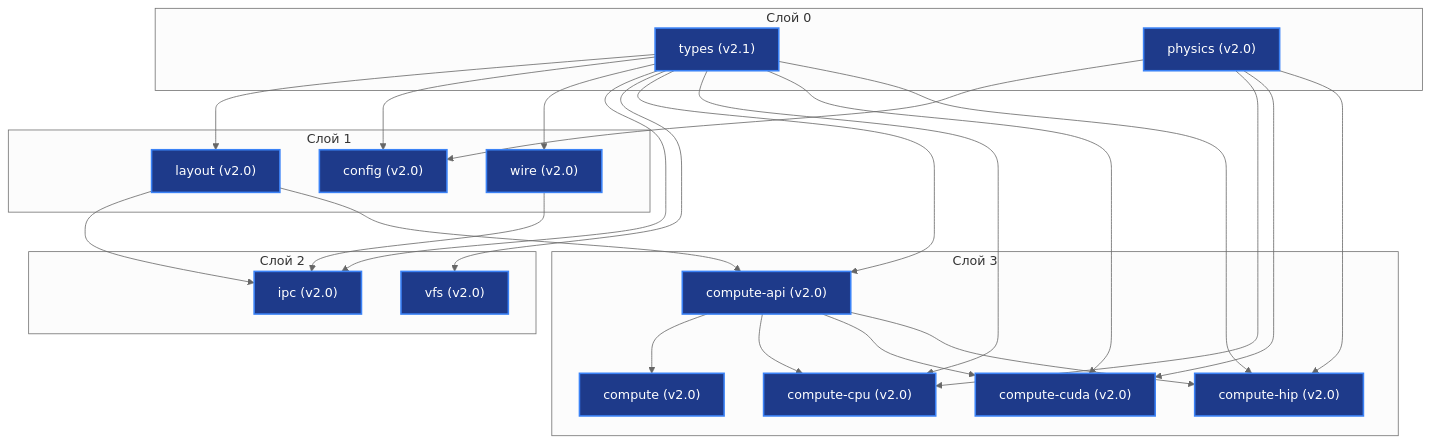
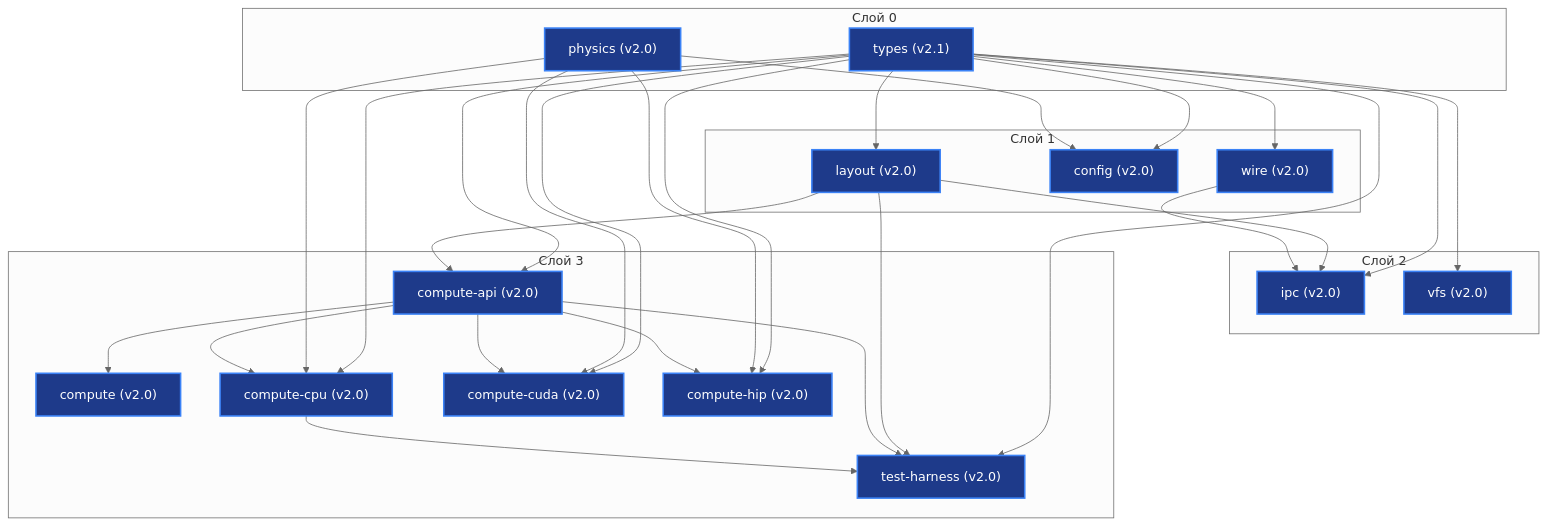
Before and after one commit to H4V1K-dev/axicor_enterprise: the diagram in docs/engine/INDEX.md, drawn with Mermaid (neutral theme). The commit also changed other lines of this file and 1 other file, not shown here.

Commit message:
docs: add test harness specification and project index documentation

````diff
--- a/docs/engine/INDEX.md
+++ b/docs/engine/INDEX.md
@@ -9,47 +9,52 @@
 ```mermaid
 graph TD
     subgraph L0["Слой 0"]
         types["types (v2.1)"]
         physics["physics (v2.0)"]
     end
     subgraph L1["Слой 1"]
         layout["layout (v2.0)"]
         config["config (v2.0)"]
         wire["wire (v2.0)"]
     end
     subgraph L2["Слой 2"]
         ipc["ipc (v2.0)"]
         vfs["vfs (v2.0)"]
     end
     subgraph L3["Слой 3"]
         compute_api["compute-api (v2.0)"]
         compute["compute (v2.0)"]
         compute_cpu["compute-cpu (v2.0)"]
         compute_cuda["compute-cuda (v2.0)"]
         compute_hip["compute-hip (v2.0)"]
+        test_harness["test-harness (v2.0)"]
     end
 
     types --> layout
     types --> config
     types --> wire
     types --> ipc
     types --> vfs
     types --> compute_api
     types --> compute_cpu
     types --> compute_cuda
     types --> compute_hip
+    types --> test_harness
     physics --> config
     physics --> compute_cpu
     physics --> compute_cuda
     physics --> compute_hip
     layout --> ipc
     wire --> ipc
     layout --> compute_api
+    layout --> test_harness
     compute_api --> compute
     compute_api --> compute_cpu
     compute_api --> compute_cuda
     compute_api --> compute_hip
+    compute_api --> test_harness
+    compute_cpu --> test_harness
 
     classDef active fill:#1e3a8a,stroke:#3b82f6,stroke-width:2px,color:#fff;
-    class types,physics,layout,config,wire,ipc,vfs,compute_api,compute,compute_cpu,compute_cuda,compute_hip active;
+    class types,physics,layout,config,wire,ipc,vfs,compute_api,compute,compute_cpu,compute_cuda,compute_hip,test_harness active;
 ```
````
